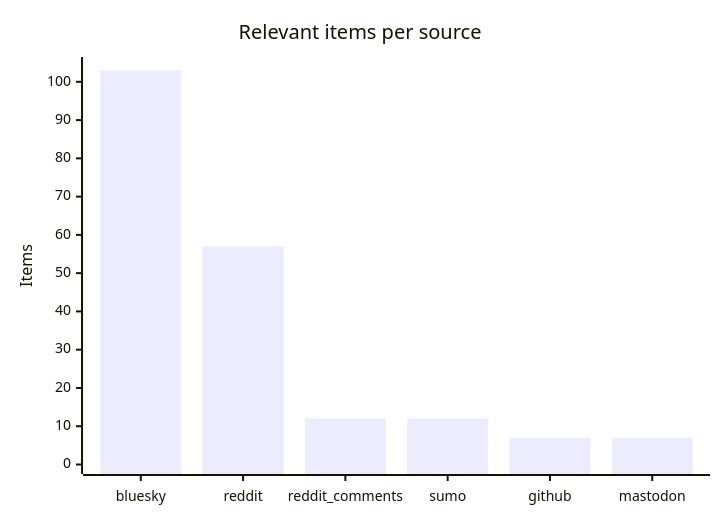
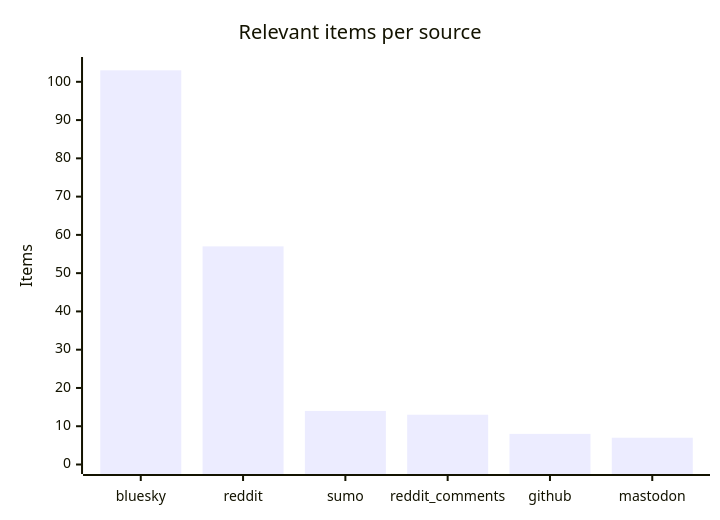
One commit to martinbalfanz/social-scanner-reports changed the third of 4 diagrams in README.md. Above: the diagram before and after it, drawn with Mermaid. The commit also changed other lines of this file and 2 other files, not shown here.

````diff
--- a/README.md
+++ b/README.md
@@ -48,7 +48,7 @@
 ```mermaid
 xychart-beta
     title "Relevant items per source"
-    x-axis ["bluesky", "reddit", "reddit_comments", "sumo", "github", "mastodon"]
+    x-axis ["bluesky", "reddit", "sumo", "reddit_comments", "github", "mastodon"]
     y-axis "Items" 0 --> 104
-    bar [103, 57, 12, 12, 7, 7]
+    bar [103, 57, 14, 13, 8, 7]
 ```
````
